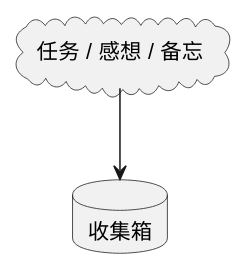
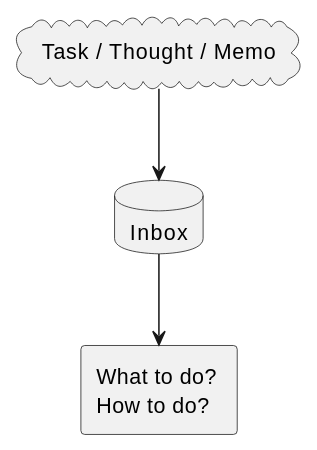
Before and after one commit to IceHe/icehe-lib: the first of 8 diagrams in snips/principles/gtd.md, drawn with PlantUML. The commit also changed other lines of this file, not shown here.

````diff
--- a/snips/principles/gtd.md
+++ b/snips/principles/gtd.md
@@ -5,10 +5,12 @@
 ```puml
 @startuml
 
-cloud todo as "任务 / 感想 / 备忘"
-database inbox as "收集箱"
+cloud todo as "Task / Thought / Memo"
+database inbox as "Inbox"
+rectangle do as "What to do? \nHow to do?"
 
 todo --> inbox
+inbox --> do
 
 @enduml
 ```
````
